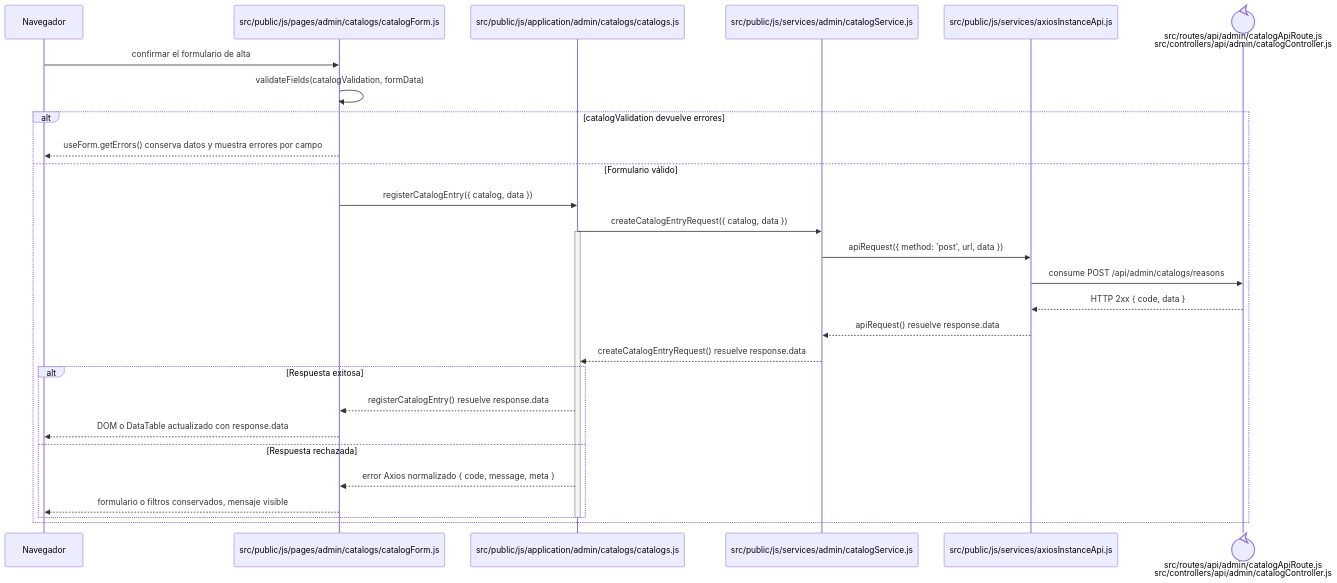
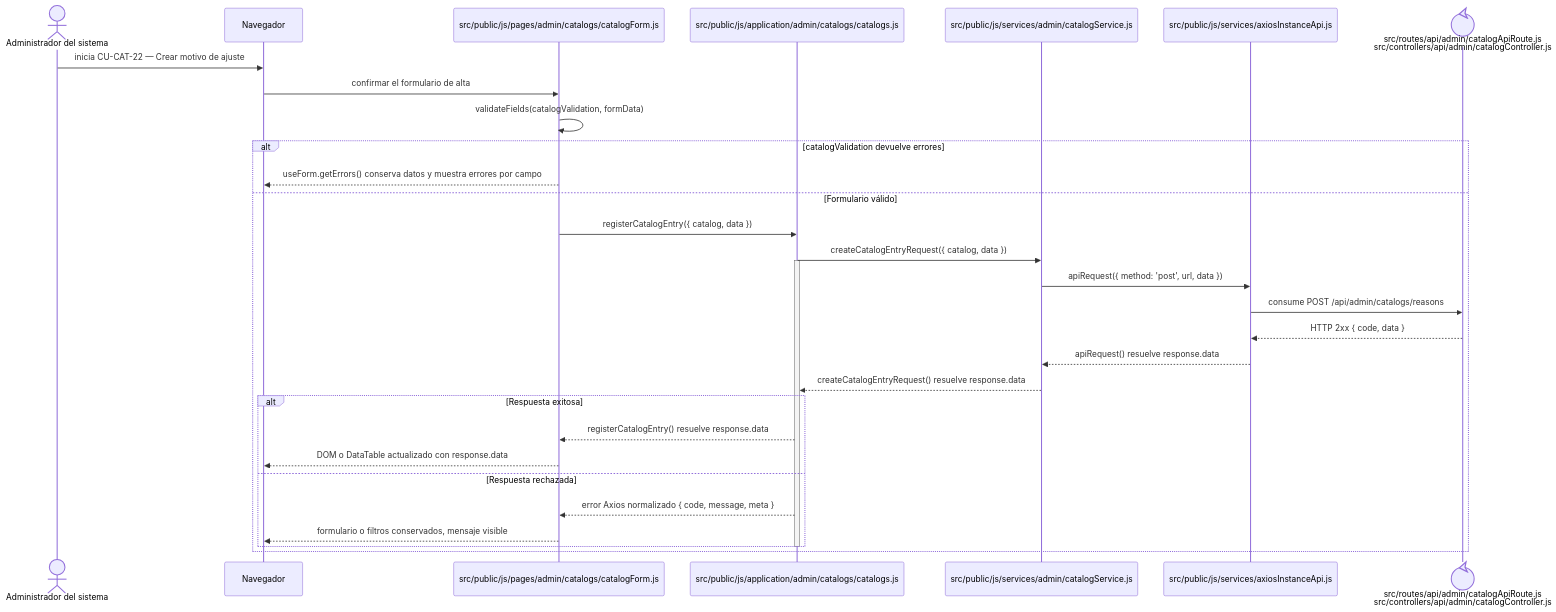
Before and after one commit to gpgsistemas01/nexus: the diagram in docs/architecture/frontend-code-sequences/catalogs/cu-cat-22.md, drawn with Mermaid. The commit also changed 105 other files, not shown here.

````diff
--- a/docs/architecture/frontend-code-sequences/catalogs/cu-cat-22.md
+++ b/docs/architecture/frontend-code-sequences/catalogs/cu-cat-22.md
@@ -6,32 +6,34 @@
 ```mermaid
 sequenceDiagram
+    actor Initiator as Administrador del sistema
     participant Browser as Navegador
     participant View as src/public/js/pages/admin/catalogs/catalogForm.js
     participant Application as src/public/js/application/admin/catalogs/catalogs.js
     participant Request as src/public/js/services/admin/catalogService.js
     participant HTTP as src/public/js/services/axiosInstanceApi.js
     participant Transport@{ "type": "control" } as src/routes/api/admin/catalogApiRoute.js<br/>src/controllers/api/admin/catalogController.js
 
+    Initiator->>Browser: inicia CU-CAT-22 — Crear motivo de ajuste
     Browser->>View: confirmar el formulario de alta
     View->>View: validateFields(catalogValidation, formData)
     alt catalogValidation devuelve errores
         View-->>Browser: useForm.getErrors() conserva datos y muestra errores por campo
     else Formulario válido
         View->>Application: registerCatalogEntry({ catalog, data })
         Application->>Request: createCatalogEntryRequest({ catalog, data })
         activate Application
         Request->>HTTP: apiRequest({ method: 'post', url, data })
         HTTP->>Transport: consume POST /api/admin/catalogs/reasons
         Transport-->>HTTP: HTTP 2xx { code, data }
         HTTP-->>Request: apiRequest() resuelve response.data
         Request-->>Application: createCatalogEntryRequest() resuelve response.data
         alt Respuesta exitosa
             Application-->>View: registerCatalogEntry() resuelve response.data
             View-->>Browser: DOM o DataTable actualizado con response.data
         else Respuesta rechazada
             Application-->>View: error Axios normalizado { code, message, meta }
             View-->>Browser: formulario o filtros conservados, mensaje visible
         end
         deactivate Application
     end
 ```
````
